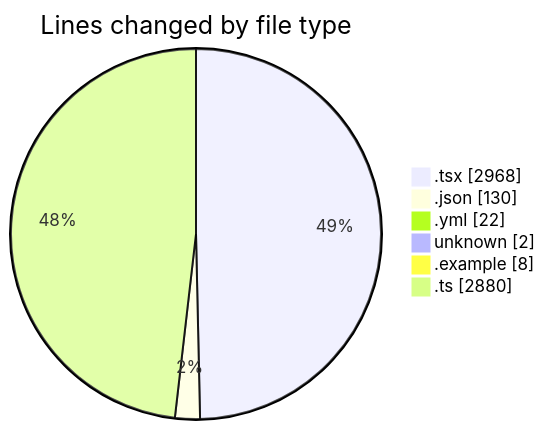
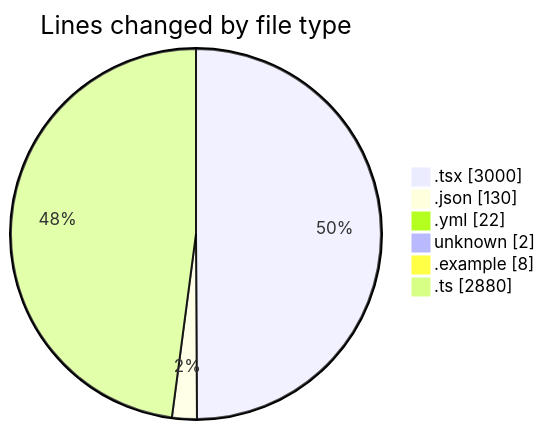
The first of 2 diagrams in 2025-11-21/eventscop-frontend-guide__workspace_/README.md (julien-gomy/code-tracking), drawn with Mermaid before and after one commit. The commit also changed other lines of this file and 1 other file, not shown here.

````diff
--- a/2025-11-21/eventscop-frontend-guide__workspace_/README.md
+++ b/2025-11-21/eventscop-frontend-guide__workspace_/README.md
@@ -60,10 +60,10 @@
 ```mermaid
 pie showData
 title Lines changed by file type
-".tsx" : 2968
+".tsx" : 3000
 ".json" : 130
 ".yml" : 22
 "unknown" : 2
 ".example" : 8
 ".ts" : 2880
 ```
````
